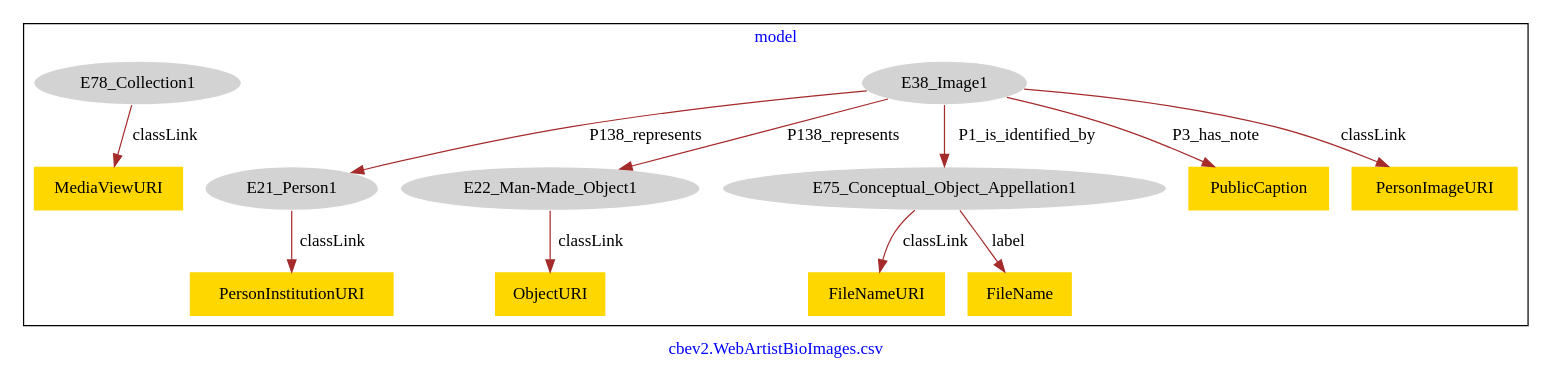
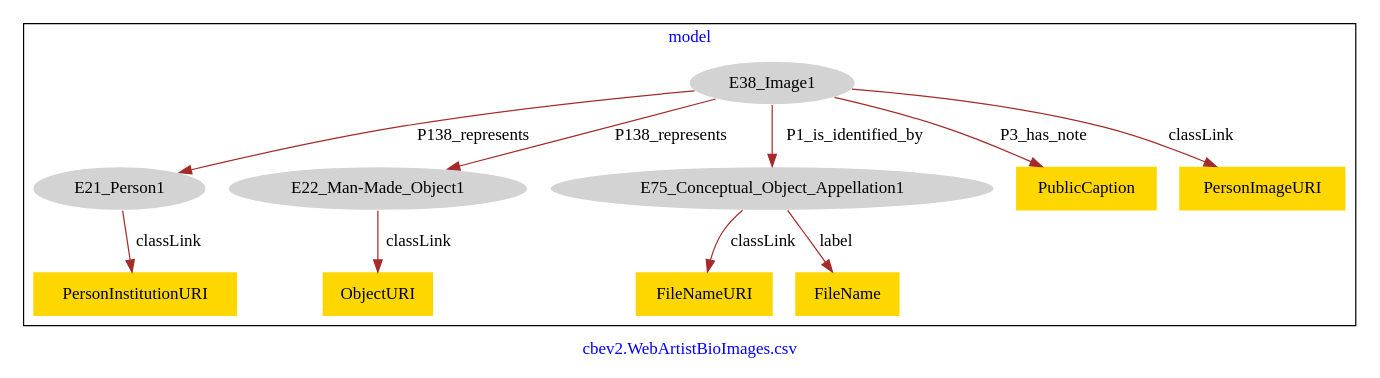
One commit to usc-isi-i2/saam-lod changed the diagram in models-graphviz/cbev2.WebArtistBioImages.csv.model.dot. Above: the diagram before and after it, drawn with Graphviz. The commit also changed 150 other files, not shown here.

```diff
--- a/models-graphviz/cbev2.WebArtistBioImages.csv.model.dot
+++ b/models-graphviz/cbev2.WebArtistBioImages.csv.model.dot
@@ -1,30 +1,27 @@
 digraph n0 {
 fontcolor="blue"
 remincross="true"
 label="cbev2.WebArtistBioImages.csv"
 subgraph cluster {
 label="model"
 n2[style="filled",color="white",fillcolor="lightgray",label="E21_Person1"];
 n3[shape="plaintext",style="filled",fillcolor="gold",label="PersonInstitutionURI"];
 n4[style="filled",color="white",fillcolor="lightgray",label="E22_Man-Made_Object1"];
 n5[shape="plaintext",style="filled",fillcolor="gold",label="ObjectURI"];
 n6[style="filled",color="white",fillcolor="lightgray",label="E38_Image1"];
 n7[style="filled",color="white",fillcolor="lightgray",label="E75_Conceptual_Object_Appellation1"];
 n8[shape="plaintext",style="filled",fillcolor="gold",label="PublicCaption"];
 n9[shape="plaintext",style="filled",fillcolor="gold",label="PersonImageURI"];
 n10[shape="plaintext",style="filled",fillcolor="gold",label="FileNameURI"];
 n11[shape="plaintext",style="filled",fillcolor="gold",label="FileName"];
-n12[style="filled",color="white",fillcolor="lightgray",label="E78_Collection1"];
-n13[shape="plaintext",style="filled",fillcolor="gold",label="MediaViewURI"];
 }
 n2 -> n3[color="brown",fontcolor="black",label="classLink"]
 n4 -> n5[color="brown",fontcolor="black",label="classLink"]
 n6 -> n2[color="brown",fontcolor="black",label="P138_represents"]
 n6 -> n4[color="brown",fontcolor="black",label="P138_represents"]
 n6 -> n7[color="brown",fontcolor="black",label="P1_is_identified_by"]
 n6 -> n8[color="brown",fontcolor="black",label="P3_has_note"]
 n6 -> n9[color="brown",fontcolor="black",label="classLink"]
 n7 -> n10[color="brown",fontcolor="black",label="classLink"]
 n7 -> n11[color="brown",fontcolor="black",label="label"]
-n12 -> n13[color="brown",fontcolor="black",label="classLink"]
 }
```
